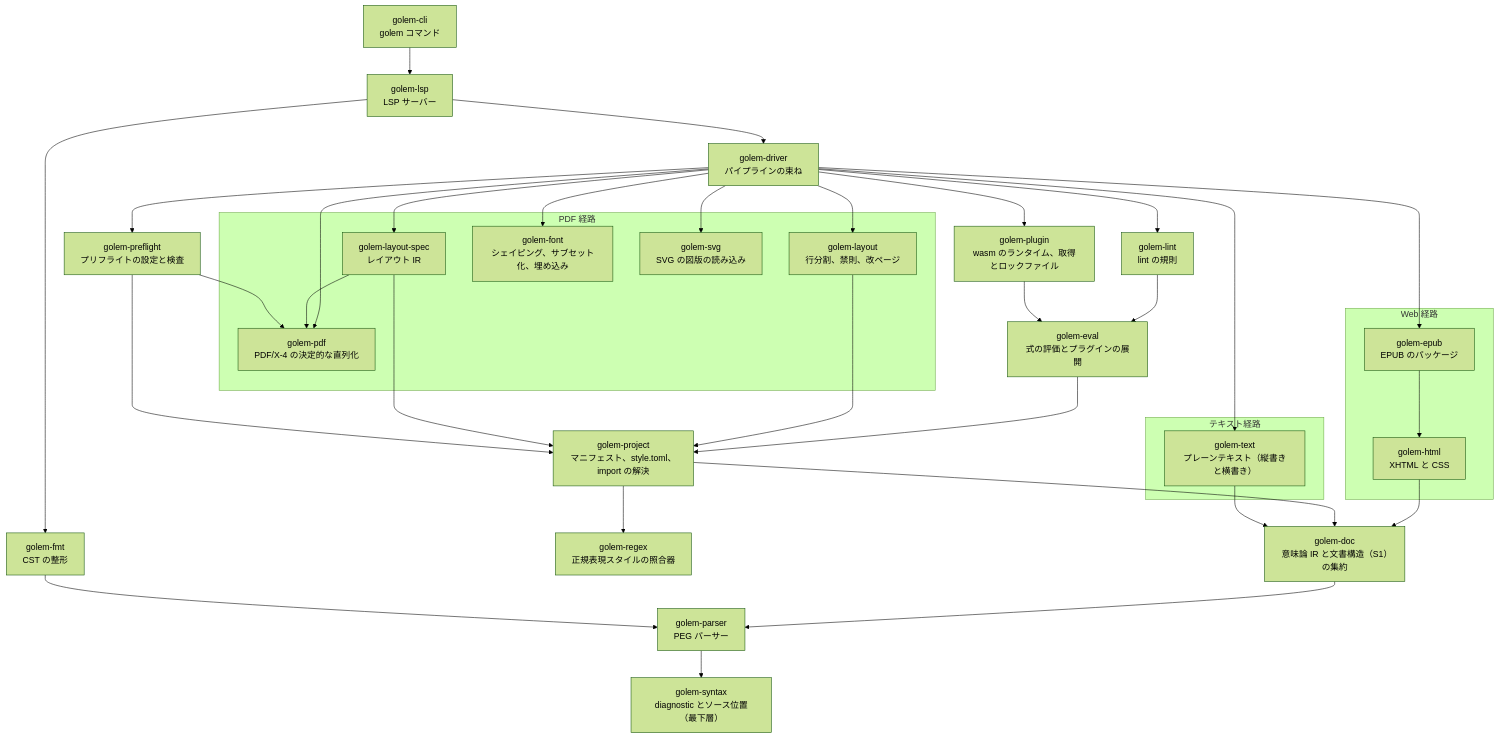
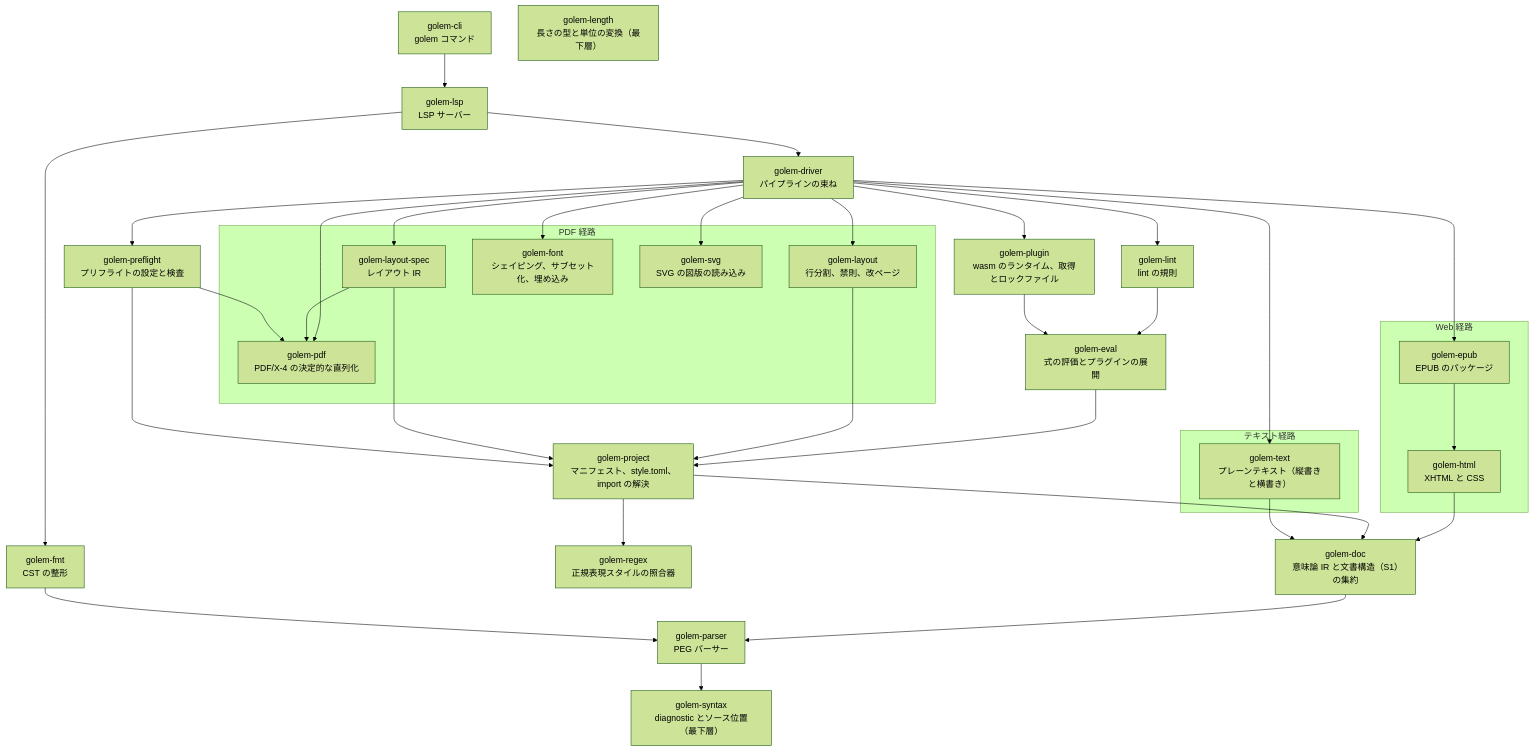
One commit to tett23/golem changed the second of 2 diagrams in docs/specifications.md. Above: the diagram before and after it, drawn with Mermaid (forest theme). The commit also changed other lines of this file and 58 other files, not shown here.

First line of the commit message:
length: move Sp to golem-length and drop golem-font's unused sp API (ADR 0114)

````diff
--- a/docs/specifications.md
+++ b/docs/specifications.md
@@ -169,59 +172,60 @@
 ```mermaid
 flowchart TD
     cli["golem-cli<br/>golem コマンド"]
     lsp["golem-lsp<br/>LSP サーバー"]
     driver["golem-driver<br/>パイプラインの束ね"]
     lint["golem-lint<br/>lint の規則"]
     fmt["golem-fmt<br/>CST の整形"]
     plugin["golem-plugin<br/>wasm のランタイム、取得とロックファイル"]
     project["golem-project<br/>マニフェスト、style.toml、import の解決"]
     regex["golem-regex<br/>正規表現スタイルの照合器"]
     parser["golem-parser<br/>PEG パーサー"]
     eval["golem-eval<br/>式の評価とプラグインの展開"]
     doc["golem-doc<br/>意味論 IR と文書構造（S1）の集約"]
     syntax["golem-syntax<br/>diagnostic とソース位置（最下層）"]
+    length["golem-length<br/>長さの型と単位の変換（最下層）"]
     preflight["golem-preflight<br/>プリフライトの設定と検査"]
     subgraph pdfpath["PDF 経路"]
         layoutspec["golem-layout-spec<br/>レイアウト IR"]
         layout["golem-layout<br/>行分割、禁則、改ページ"]
         font["golem-font<br/>シェイピング、サブセット化、埋め込み"]
         pdf["golem-pdf<br/>PDF/X-4 の決定的な直列化"]
         svg["golem-svg<br/>SVG の図版の読み込み"]
     end
     subgraph webpath["Web 経路"]
         html["golem-html<br/>XHTML と CSS"]
         epub["golem-epub<br/>EPUB のパッケージ"]
     end
     subgraph textpath["テキスト経路"]
         text["golem-text<br/>プレーンテキスト（縦書きと横書き）"]
     end
     cli --> lsp
     doc --> parser
     driver --> epub
     driver --> font
     driver --> layout
     driver --> layoutspec
     driver --> lint
     driver --> pdf
     driver --> plugin
     driver --> preflight
     driver --> svg
     driver --> text
     epub --> html
     eval --> project
     fmt --> parser
     html --> doc
     layout --> project
     layoutspec --> pdf
     layoutspec --> project
     lint --> eval
     lsp --> driver
     lsp --> fmt
     plugin --> eval
     preflight --> pdf
     preflight --> project
     project --> doc
     project --> regex
     text --> doc
     parser --> syntax
 ```
````
